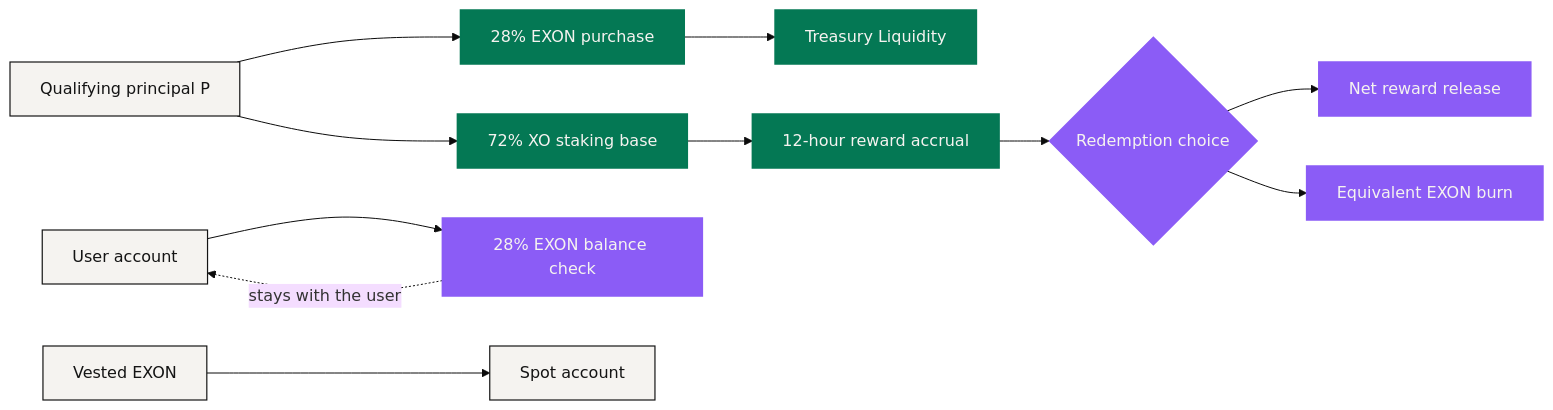
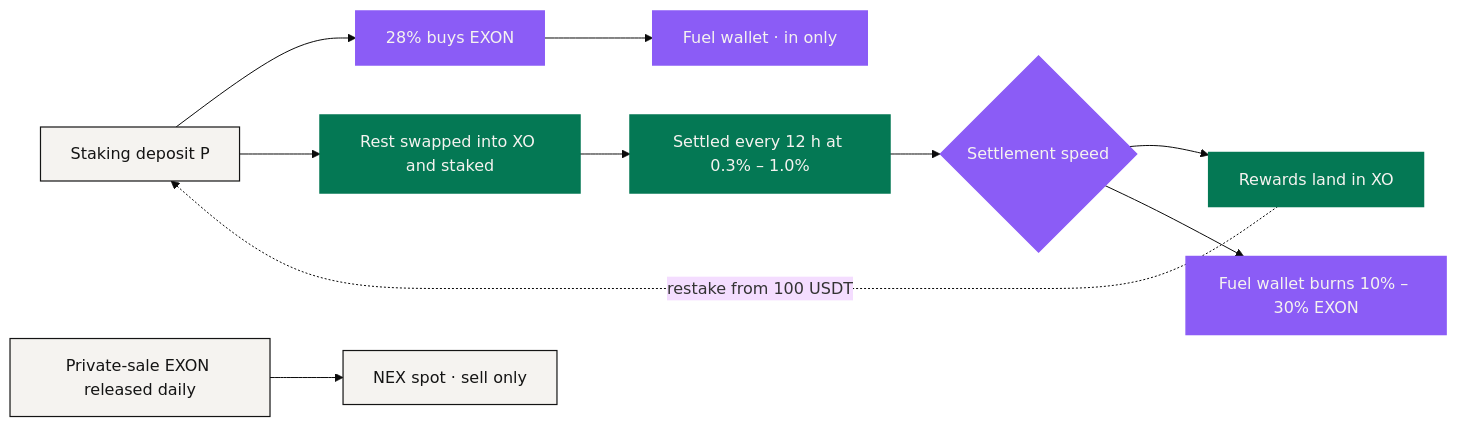
One commit to NEXONMarkets/NEXON-Whitepaper changed the diagram in docs/en/05-tokenomics/value-flows.md. Above: the diagram before and after it, drawn with Mermaid (base theme). The commit also changed other lines of this file and 79 other files, not shown here.

````diff
--- a/docs/en/05-tokenomics/value-flows.md
+++ b/docs/en/05-tokenomics/value-flows.md
@@ -80,19 +68,18 @@
 ```mermaid
 flowchart LR
-    P["Qualifying principal P"] --> B["28% EXON purchase"]
-    P --> S["72% XO staking base"]
-    B --> T["Treasury Liquidity"]
-    U["User account"] --> F["28% EXON balance check"]
-    F -. "stays with the user" .-> U
-    S --> R["12-hour reward accrual"]
-    R --> C{"Redemption choice"}
-    C --> N["Net reward release"]
-    C --> X["Equivalent EXON burn"]
-    V["Vested EXON"] --> M["Spot account"]
+    P["Staking deposit P"] --> B["28% buys EXON"]
+    P --> S["Rest swapped into XO and staked"]
+    B --> W["Fuel wallet · in only"]
+    S --> R["Settled every 12 h at 0.3% – 1.0%"]
+    R --> C{"Settlement speed"}
+    C --> N["Rewards land in XO"]
+    C --> X["Fuel wallet burns 10% – 30% EXON"]
+    N -. "restake from 100 USDT" .-> P
+    V["Private-sale EXON released daily"] --> M["NEX spot · sell only"]
     classDef anchor fill:#047854,stroke:#047854,stroke-width:1.5px,color:#F5F3F0
     classDef engine fill:#8B5CF6,stroke:#8B5CF6,stroke-width:1.5px,color:#F5F3F0
     classDef solid  fill:#F5F3F0,stroke:#141414,stroke-width:1.2px,color:#141414
-    class P,U,V,M solid
-    class S,R,B,T anchor
-    class C,N,X,F engine
+    class P,V,M solid
+    class S,R,N anchor
+    class B,W,C,X engine
 ```
````
